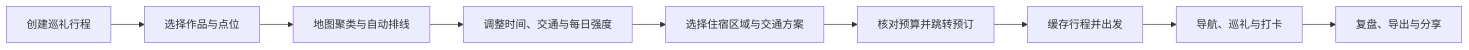
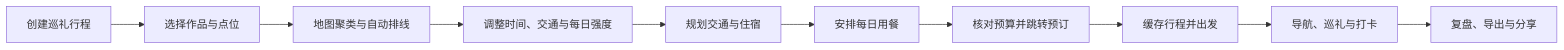
The diagram in README.md (404-GCross/ENikki), drawn with Mermaid before and after one commit. The commit also changed other lines of this file and 3 other files, not shown here.

````diff
--- a/README.md
+++ b/README.md
@@ -127,11 +141,12 @@
 ```mermaid
 flowchart LR
     A[创建巡礼行程] --> B[选择作品与点位]
     B --> C[地图聚类与自动排线]
     C --> D[调整时间、交通与每日强度]
-    D --> E[选择住宿区域与交通方案]
-    E --> F[核对预算并跳转预订]
-    F --> G[缓存行程并出发]
-    G --> H[导航、巡礼与打卡]
-    H --> I[复盘、导出与分享]
+    D --> E[规划交通与住宿]
+    E --> F[安排每日用餐]
+    F --> G[核对预算并跳转预订]
+    G --> H[缓存行程并出发]
+    H --> I[导航、巡礼与打卡]
+    I --> J[复盘、导出与分享]
 ```
````
